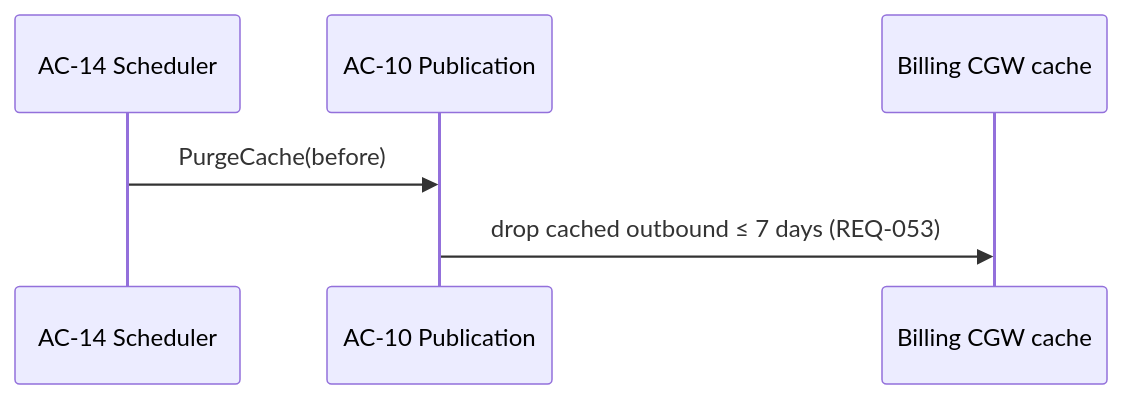
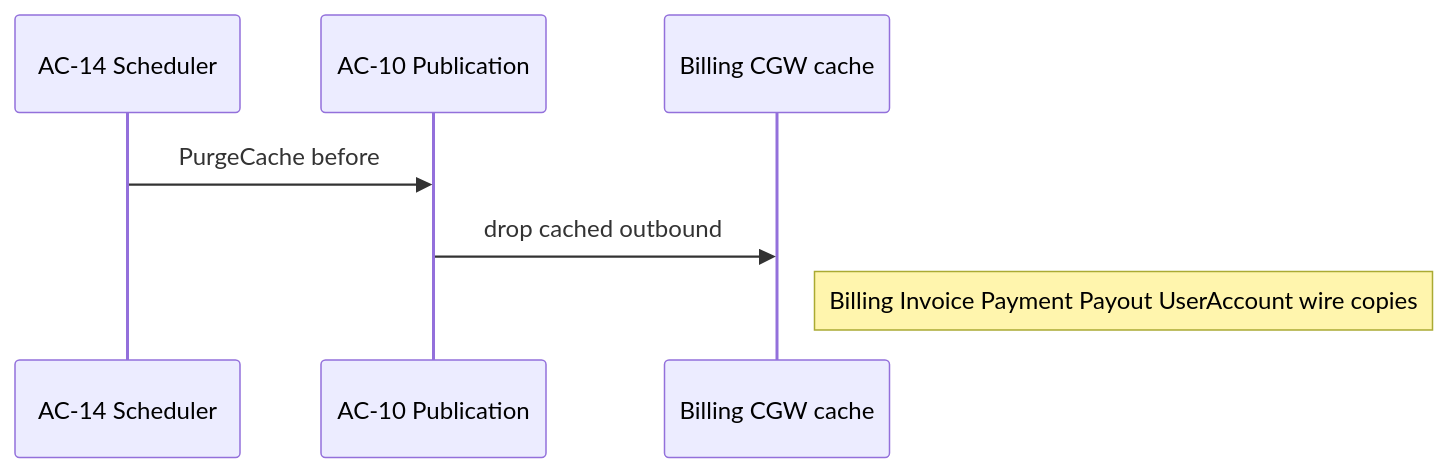
Diagram 14 of 14 in docs/architecture/07-scenario-flows.md (blooo-io/intelligent-eu-bps-source), drawn with Mermaid before and after one commit. The commit also changed other lines of this file, not shown here.

First line of the commit message:
docs(INT-451): ontology objects on scenario flow steps; fix S12 Mermaid (#225)

````diff
--- a/docs/architecture/07-scenario-flows.md
+++ b/docs/architecture/07-scenario-flows.md
@@ -388,8 +508,9 @@
 ```mermaid
 sequenceDiagram
   participant AC14 as AC-14 Scheduler
   participant AC10 as AC-10 Publication
   participant CGW as Billing CGW cache
-  AC14->>AC10: PurgeCache(before)
-  AC10->>CGW: drop cached outbound ≤ 7 days (REQ-053)
+  AC14->>AC10: PurgeCache before
+  AC10->>CGW: drop cached outbound
+  Note right of CGW: Billing Invoice Payment Payout UserAccount wire copies
 ```
````
